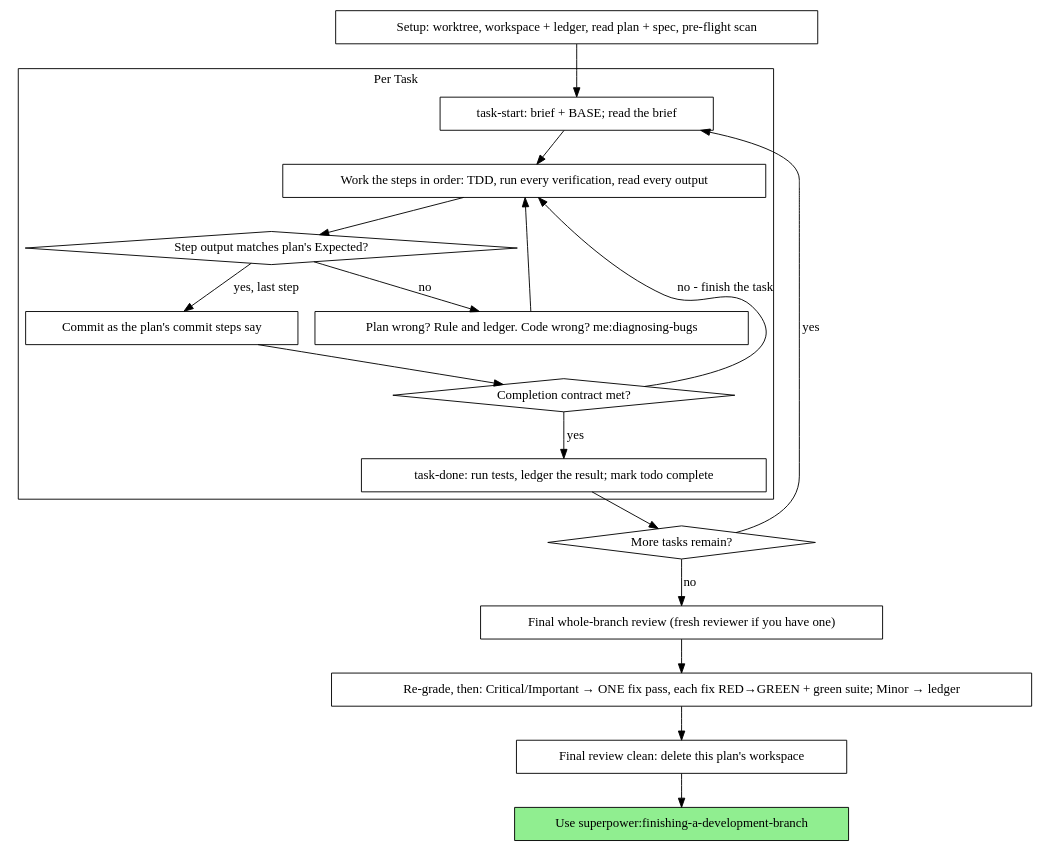
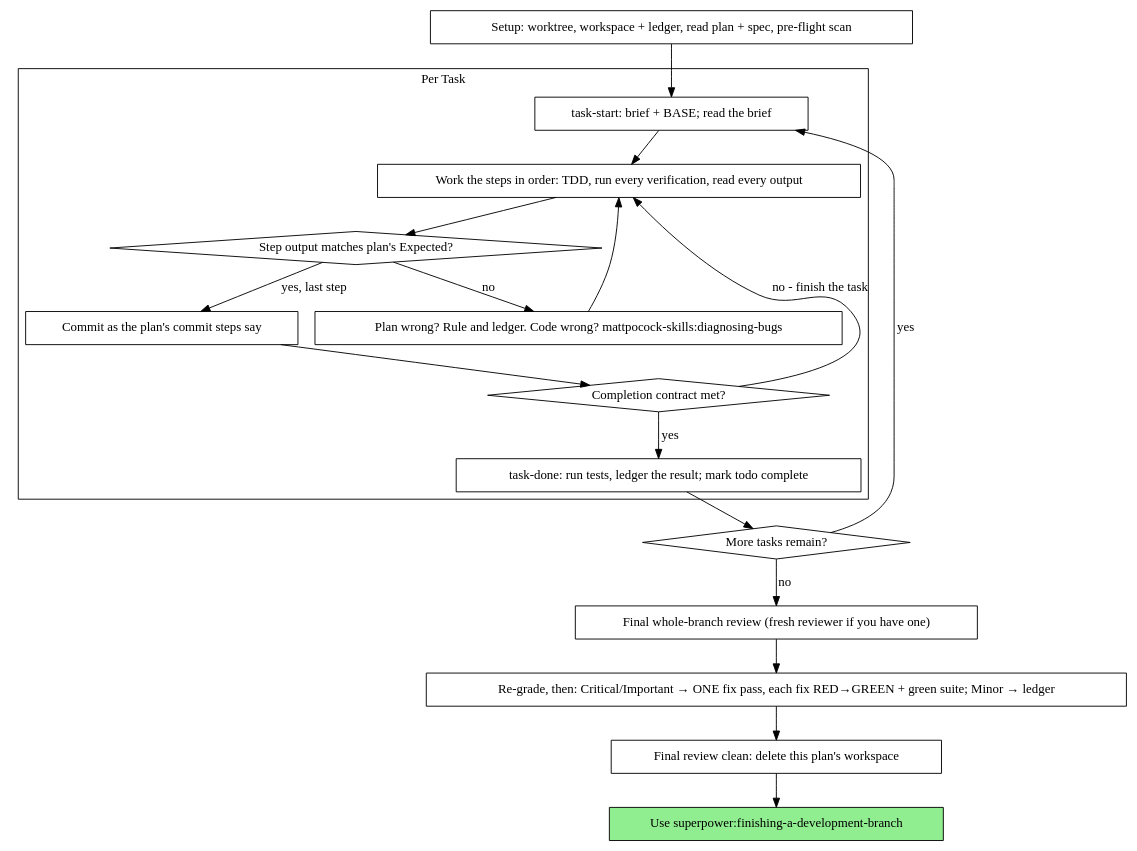
The diagram in plugins/superpower/skills/executing-plans/SKILL.md (baleen37/bstack), drawn with Graphviz before and after one commit. The commit also changed other lines of this file and 94 other files, not shown here.

First line of the commit message:
feat(mattpocock-skills): re-vendor upstream skills and move Matt skills out of me (#793)

````diff
--- a/plugins/superpower/skills/executing-plans/SKILL.md
+++ b/plugins/superpower/skills/executing-plans/SKILL.md
@@ -68,39 +68,39 @@
 ```dot
 digraph process {
     rankdir=TB;
 
     subgraph cluster_per_task {
         label="Per Task";
         "task-start: brief + BASE; read the brief" [shape=box];
         "Work the steps in order: TDD, run every verification, read every output" [shape=box];
         "Step output matches plan's Expected?" [shape=diamond];
-        "Plan wrong? Rule and ledger. Code wrong? me:diagnosing-bugs" [shape=box];
+        "Plan wrong? Rule and ledger. Code wrong? mattpocock-skills:diagnosing-bugs" [shape=box];
         "Commit as the plan's commit steps say" [shape=box];
         "Completion contract met?" [shape=diamond];
         "task-done: run tests, ledger the result; mark todo complete" [shape=box];
     }
 
     "Setup: worktree, workspace + ledger, read plan + spec, pre-flight scan" [shape=box];
     "More tasks remain?" [shape=diamond];
     "Final whole-branch review (fresh reviewer if you have one)" [shape=box];
     "Re-grade, then: Critical/Important → ONE fix pass, each fix RED→GREEN + green suite; Minor → ledger" [shape=box];
     "Final review clean: delete this plan's workspace" [shape=box];
     "Use superpower:finishing-a-development-branch" [shape=box style=filled fillcolor=lightgreen];
 
     "Setup: worktree, workspace + ledger, read plan + spec, pre-flight scan" -> "task-start: brief + BASE; read the brief";
     "task-start: brief + BASE; read the brief" -> "Work the steps in order: TDD, run every verification, read every output";
     "Work the steps in order: TDD, run every verification, read every output" -> "Step output matches plan's Expected?";
-    "Step output matches plan's Expected?" -> "Plan wrong? Rule and ledger. Code wrong? me:diagnosing-bugs" [label="no"];
-    "Plan wrong? Rule and ledger. Code wrong? me:diagnosing-bugs" -> "Work the steps in order: TDD, run every verification, read every output";
+    "Step output matches plan's Expected?" -> "Plan wrong? Rule and ledger. Code wrong? mattpocock-skills:diagnosing-bugs" [label="no"];
+    "Plan wrong? Rule and ledger. Code wrong? mattpocock-skills:diagnosing-bugs" -> "Work the steps in order: TDD, run every verification, read every output";
     "Step output matches plan's Expected?" -> "Commit as the plan's commit steps say" [label="yes, last step"];
     "Commit as the plan's commit steps say" -> "Completion contract met?";
     "Completion contract met?" -> "Work the steps in order: TDD, run every verification, read every output" [label="no - finish the task"];
     "Completion contract met?" -> "task-done: run tests, ledger the result; mark todo complete" [label="yes"];
     "task-done: run tests, ledger the result; mark todo complete" -> "More tasks remain?";
     "More tasks remain?" -> "task-start: brief + BASE; read the brief" [label="yes"];
     "More tasks remain?" -> "Final whole-branch review (fresh reviewer if you have one)" [label="no"];
     "Final whole-branch review (fresh reviewer if you have one)" -> "Re-grade, then: Critical/Important → ONE fix pass, each fix RED→GREEN + green suite; Minor → ledger";
     "Re-grade, then: Critical/Important → ONE fix pass, each fix RED→GREEN + green suite; Minor → ledger" -> "Final review clean: delete this plan's workspace";
     "Final review clean: delete this plan's workspace" -> "Use superpower:finishing-a-development-branch";
 }
 ```
````
